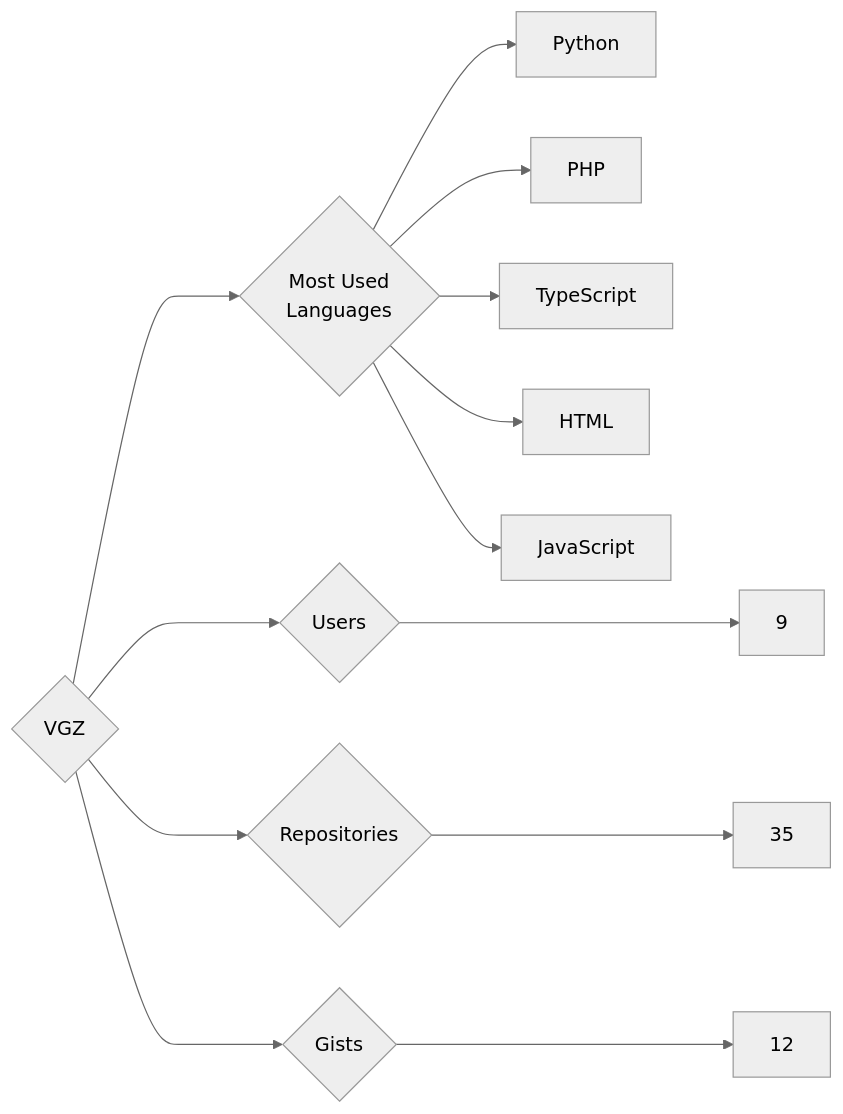
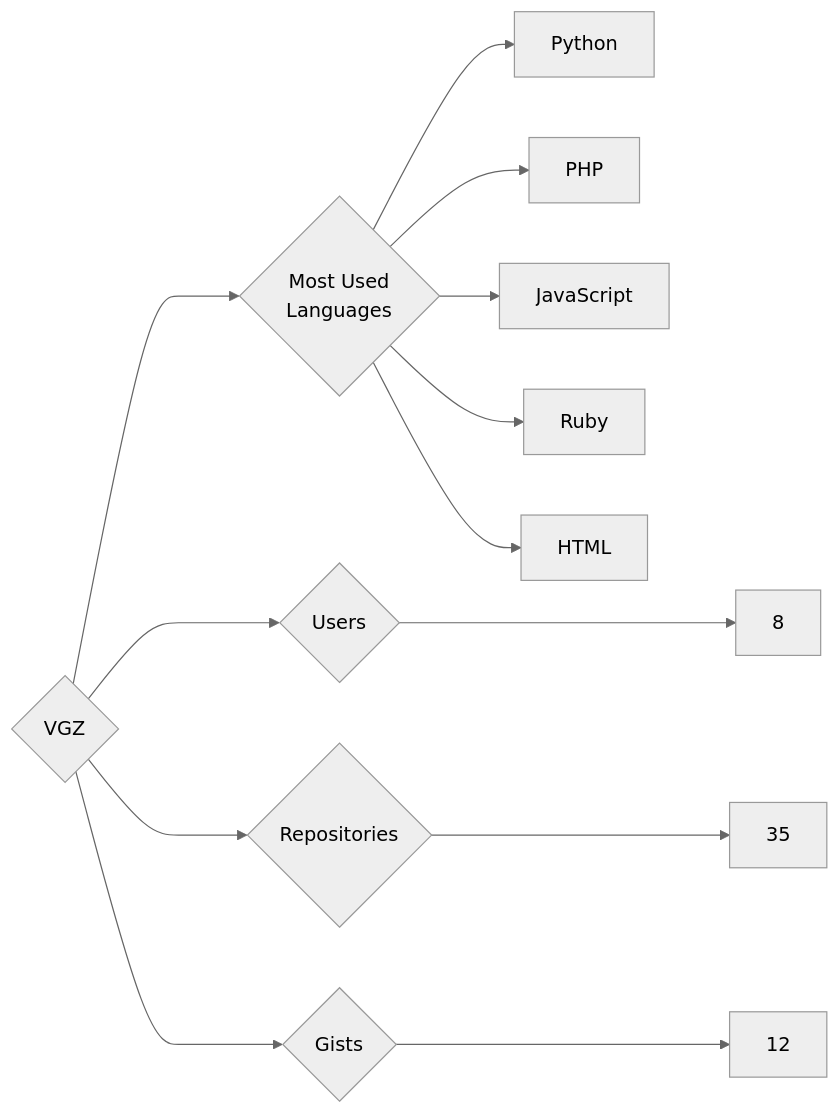
Before and after one commit to trickest/insiders: the diagram in targets/VGZ/README.md, drawn with Mermaid (neutral theme). The commit also changed 912 other files, not shown here.

````diff
--- a/targets/VGZ/README.md
+++ b/targets/VGZ/README.md
@@ -3,13 +3,13 @@
 ```mermaid
 graph LR
 COMPANY_NAME{VGZ}
-COMPANY_NAME ---> U{Users} ---> UN[9]
+COMPANY_NAME ---> U{Users} ---> UN[8]
 COMPANY_NAME ---> R{Repositories} ---> RN[35]
 COMPANY_NAME ---> G{Gists} ---> GN[12]
 COMPANY_NAME ---> ML{Most Used<br>Languages}
 ML --> Python[Python]
 ML --> PHP[PHP]
-ML --> TypeScript[TypeScript]
+ML --> JavaScript[JavaScript]
+ML --> Ruby[Ruby]
 ML --> HTML[HTML]
-ML --> JavaScript[JavaScript]
 ```
````
